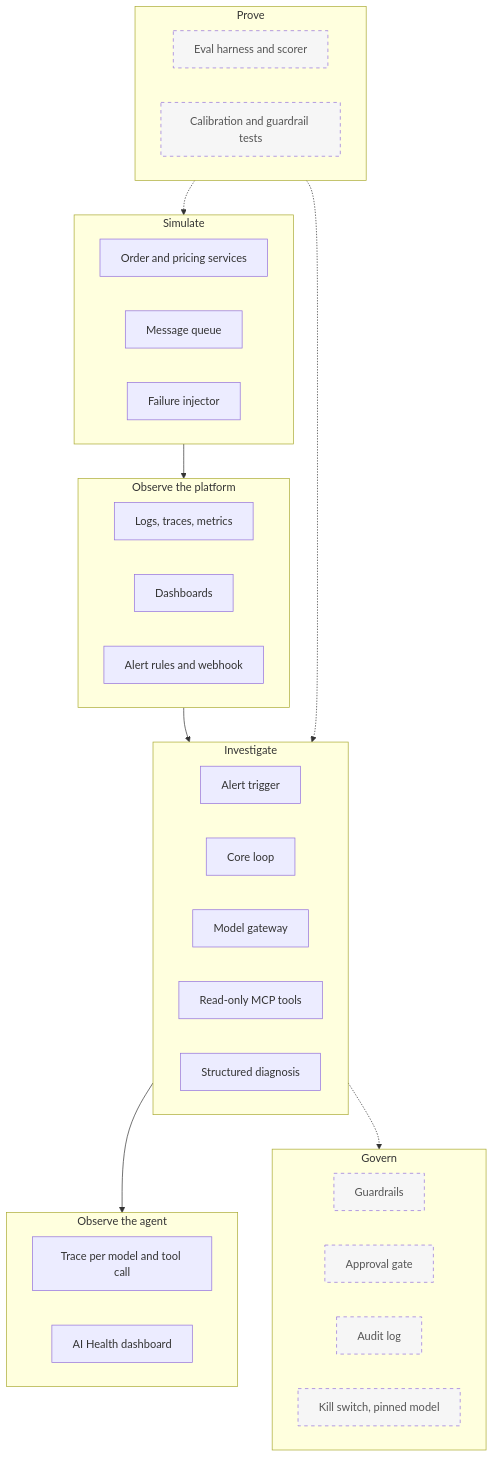
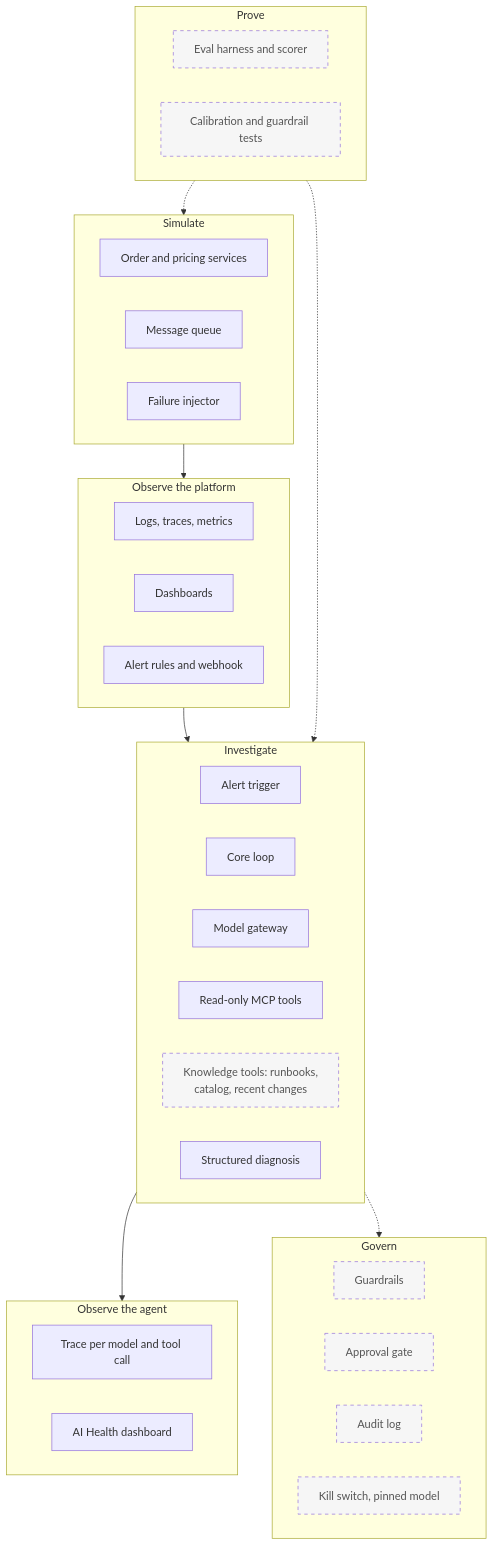
One commit to ankgupt9/agentic-incident-response changed the third of 9 diagrams in docs/solution-design.md. Above: the diagram before and after it, drawn with Mermaid. The commit also changed other lines of this file and 2 other files, not shown here.

Commit message:
Add knowledge layer to the plan: runbooks, service catalog, recent changes, ablation

````diff
--- a/docs/solution-design.md
+++ b/docs/solution-design.md
@@ -187,42 +189,43 @@
 ```mermaid
 flowchart TB
     subgraph SIM["Simulate"]
         S1["Order and pricing services"]
         S2["Message queue"]
         S3["Failure injector"]
     end
     subgraph OBS["Observe the platform"]
         O1["Logs, traces, metrics"]
         O2["Dashboards"]
         O3["Alert rules and webhook"]
     end
     subgraph AGENT["Investigate"]
         G1["Alert trigger"]
         G2["Core loop"]
         G3["Model gateway"]
         G4["Read-only MCP tools"]
+        G6["Knowledge tools: runbooks,<br/>catalog, recent changes"]:::planned
         G5["Structured diagnosis"]
     end
     subgraph GOVERN["Govern"]
         V1["Guardrails"]:::planned
         V2["Approval gate"]:::planned
         V3["Audit log"]:::planned
         V4["Kill switch, pinned model"]:::planned
     end
     subgraph WATCH["Observe the agent"]
         W1["Trace per model and tool call"]
         W2["AI Health dashboard"]
     end
     subgraph PROVE["Prove"]
         E1["Eval harness and scorer"]:::planned
         E2["Calibration and guardrail tests"]:::planned
     end
 
     SIM --> OBS --> AGENT
     AGENT --> WATCH
     AGENT -.-> GOVERN
     PROVE -.-> SIM
     PROVE -.-> AGENT
 
     classDef planned stroke-dasharray: 5 5,fill:#f6f6f6,color:#555;
 ```
````
